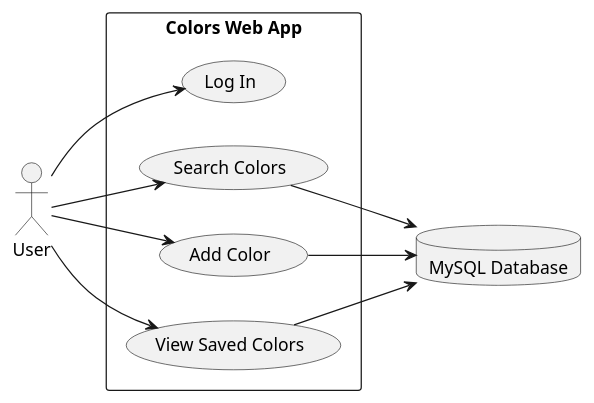
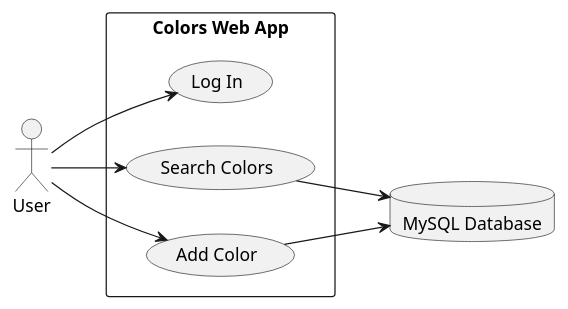
The diagram in docs/uml/usecase.puml (dangdatbrandon/LAMP-Practice), drawn with PlantUML before and after one commit. The commit also changed 5 other files, not shown here.

```diff
--- a/docs/uml/usecase.puml
+++ b/docs/uml/usecase.puml
@@ -1,23 +1,20 @@
 @startuml
 left to right direction
 skinparam shadowing false
 skinparam packageStyle rectangle
 
 actor User
 database "MySQL Database" as DB
 
 rectangle "Colors Web App" {
   usecase "Log In" as UC2
   usecase "Search Colors" as UC3
   usecase "Add Color" as UC4
-  usecase "View Saved Colors" as UC5
 }
 
 User --> UC2
 User --> UC3
 User --> UC4
-User --> UC5
 UC3 --> DB
 UC4 --> DB
-UC5 --> DB
 @enduml
```
